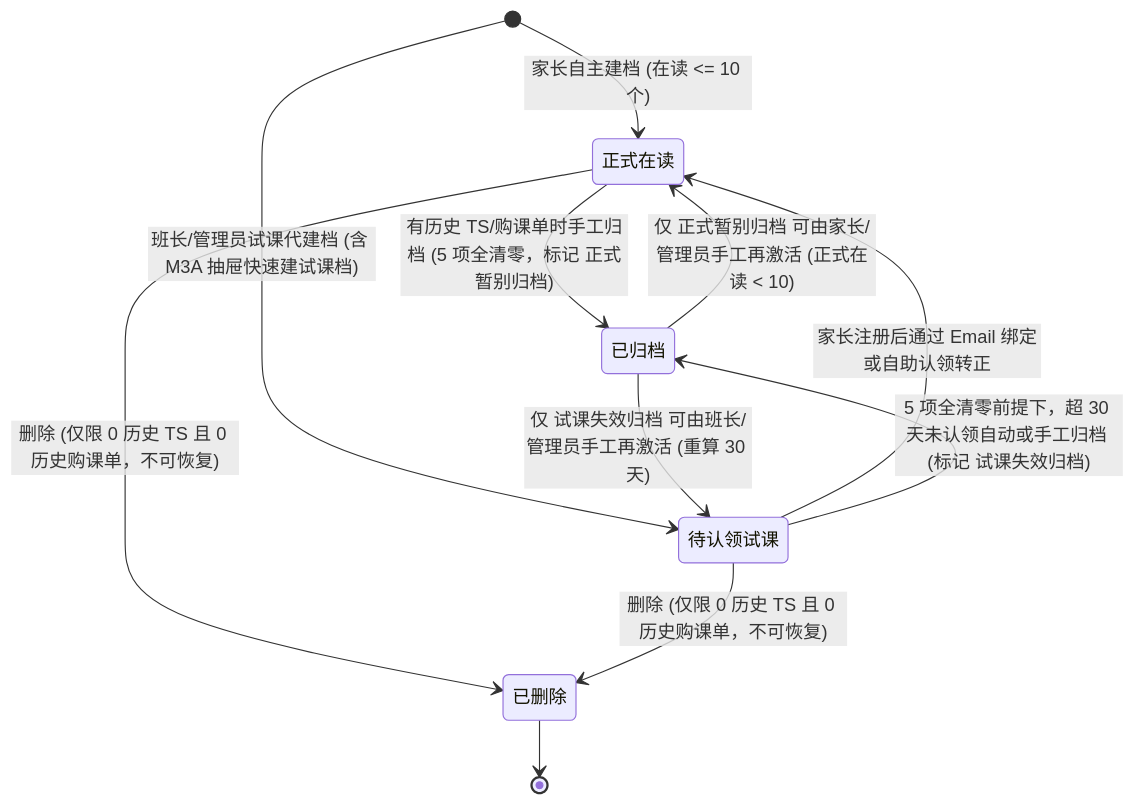
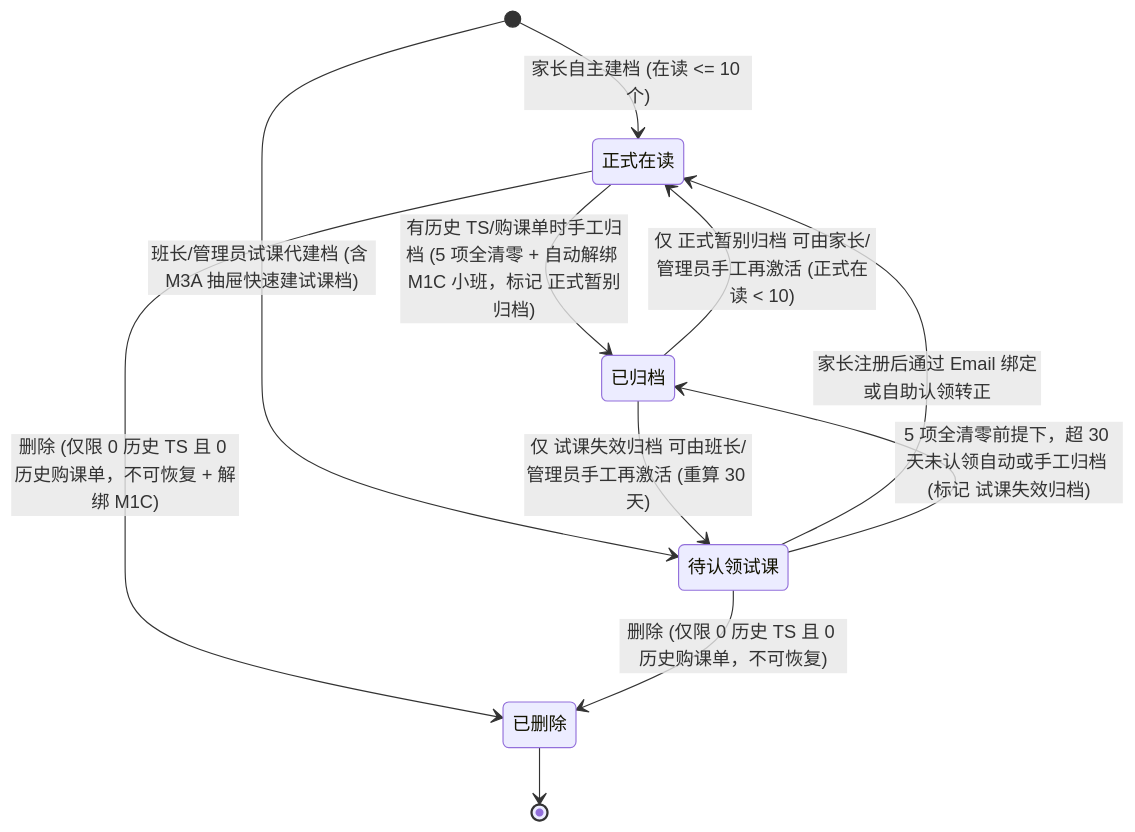
One commit to Onezao/dream changed the third of 20 diagrams in docs/ENTITY_STATE_MACHINES.md. Above: the diagram before and after it, drawn with Mermaid. The commit also changed other lines of this file and 34 other files, not shown here.

````diff
--- a/docs/ENTITY_STATE_MACHINES.md
+++ b/docs/ENTITY_STATE_MACHINES.md
@@ -39,17 +101,17 @@
 ```mermaid
 stateDiagram-v2
     [*] --> 正式在读: 家长自主建档 (在读 <= 10 个)
     [*] --> 待认领试课: 班长/管理员试课代建档 (含 M3A 抽屉快速建试课档)
 
     待认领试课 --> 正式在读: 家长注册后通过 Email 绑定或自助认领转正
     待认领试课 --> 已归档: 5 项全清零前提下，超 30 天未认领自动或手工归档 (标记 试课失效归档)
 
-    正式在读 --> 已归档: 有历史 TS/购课单时手工归档 (5 项全清零，标记 正式暂别归档)
+    正式在读 --> 已归档: 有历史 TS/购课单时手工归档 (5 项全清零 + 自动解绑 M1C 小班，标记 正式暂别归档)
 
     已归档 --> 待认领试课: 仅 试课失效归档 可由班长/管理员手工再激活 (重算 30 天)
     已归档 --> 正式在读: 仅 正式暂别归档 可由家长/管理员手工再激活 (正式在读 < 10)
 
-    正式在读 --> 已删除: 删除 (仅限 0 历史 TS 且 0 历史购课单，不可恢复)
+    正式在读 --> 已删除: 删除 (仅限 0 历史 TS 且 0 历史购课单，不可恢复 + 解绑 M1C)
     待认领试课 --> 已删除: 删除 (仅限 0 历史 TS 且 0 历史购课单，不可恢复)
     已删除 --> [*]
 ```
````
